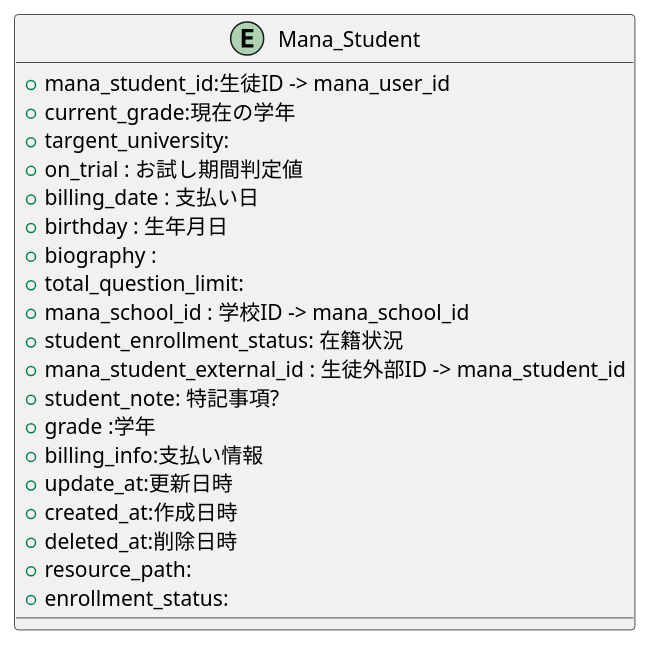
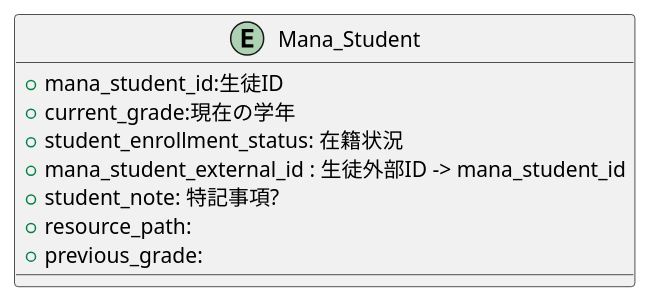
One commit to popoposorara/ERP_ER changed the diagram in Entity/Mana_Student.pu. Above: the diagram before and after it, drawn with PlantUML. The commit also changed 32 other files, not shown here.

```diff
--- a/Entity/Mana_Student.pu
+++ b/Entity/Mana_Student.pu
@@ -1,25 +1,13 @@
 @startuml
 
 entity "Mana_Student" {
-    + mana_student_id:生徒ID -> mana_user_id
+    + mana_student_id:生徒ID
     + current_grade:現在の学年
-    + targent_university:
-    + on_trial : お試し期間判定値
-    + billing_date : 支払い日
-    + birthday : 生年月日
-    + biography : 
-    + total_question_limit: 
-    + mana_school_id : 学校ID -> mana_school_id
     + student_enrollment_status: 在籍状況
     + mana_student_external_id : 生徒外部ID -> mana_student_id
     + student_note: 特記事項?
-    + grade :学年
-    + billing_info:支払い情報
-    + update_at:更新日時
-    + created_at:作成日時
-    + deleted_at:削除日時
     + resource_path:
-    + enrollment_status:
+    + previous_grade:
 }
 
 @enduml
```
